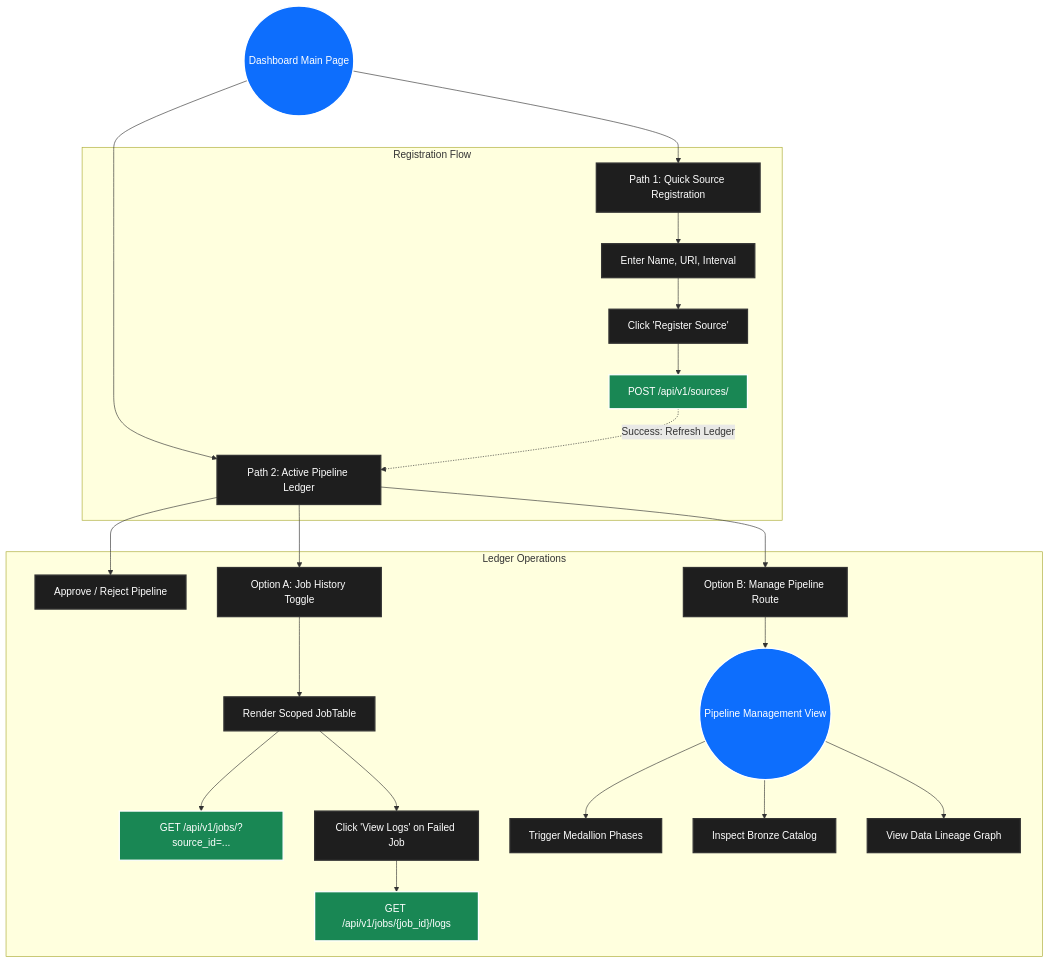
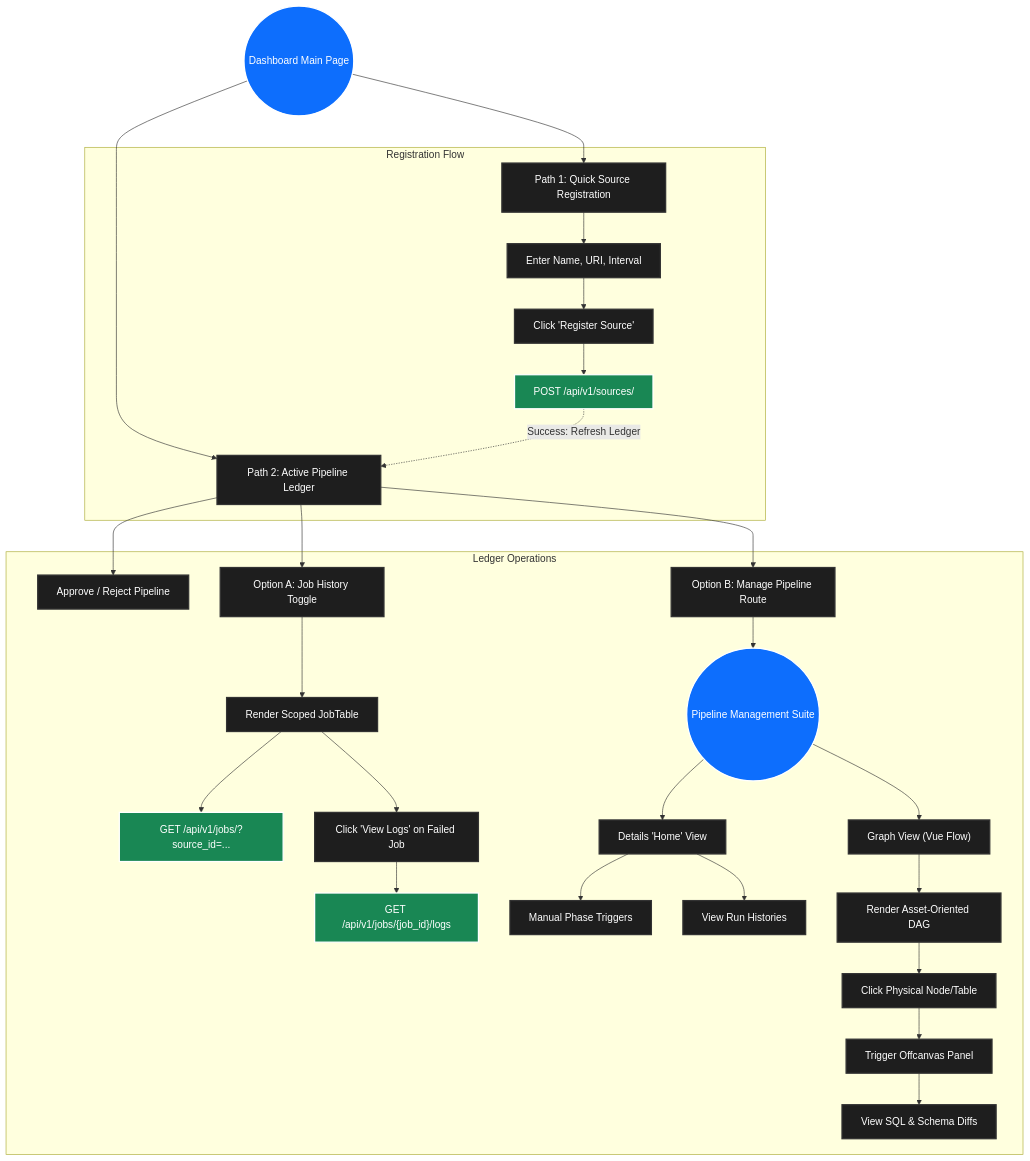
The diagram in docs/explanation/pipeline-management-flow.md (mnaatjes/elite-etl), drawn with Mermaid before and after one commit. The commit also changed other lines of this file, not shown here.

````diff
--- a/docs/explanation/pipeline-management-flow.md
+++ b/docs/explanation/pipeline-management-flow.md
@@ -63,64 +63,79 @@
 ```mermaid
 graph TD
     %% Entry Point
     Dashboard((Dashboard Main Page))
     
     %% Paths
     Path1[Path 1: Quick Source Registration]
     Path2[Path 2: Active Pipeline Ledger]
     
     Dashboard --> Path1
     Dashboard --> Path2
     
     %% Path 1 Flow
     subgraph Registration Flow
         EnterDetails["Enter Name, URI, Interval"]
         ClickRegister["Click 'Register Source'"]
         API_POST_Source["POST /api/v1/sources/"]
         
         Path1 --> EnterDetails
         EnterDetails --> ClickRegister
         ClickRegister --> API_POST_Source
         API_POST_Source -. "Success: Refresh Ledger" .-> Path2
     end
     
     %% Path 2 Flow
     subgraph Ledger Operations
         HitL[Approve / Reject Pipeline]
         OptionA[Option A: Job History Toggle]
         OptionB[Option B: Manage Pipeline Route]
         
         Path2 --> HitL
         Path2 --> OptionA
         Path2 --> OptionB
         
         %% Option A: Job History
         API_GET_Jobs["GET /api/v1/jobs/?source_id=..."]
         Accordion["Render Scoped JobTable"]
         ViewLogs["Click 'View Logs' on Failed Job"]
         API_GET_Logs["GET /api/v1/jobs/{job_id}/logs"]
         
         OptionA --> Accordion
         Accordion --> API_GET_Jobs
         Accordion --> ViewLogs
         ViewLogs --> API_GET_Logs
         
         %% Option B: Manage Pipeline
-        PipelineView((Pipeline Management View))
-        TriggerPhases[Trigger Medallion Phases]
-        InspectCatalog[Inspect Bronze Catalog]
-        ViewDAG[View Data Lineage Graph]
+        PipelineView((Pipeline Management Suite))
+        DetailsView["Details 'Home' View"]
+        GraphView["Graph View (Vue Flow)"]
         
         OptionB --> PipelineView
-        PipelineView --> TriggerPhases
-        PipelineView --> InspectCatalog
-        PipelineView --> ViewDAG
+        PipelineView --> DetailsView
+        PipelineView --> GraphView
+        
+        %% Details View Actions
+        TriggerPhases["Manual Phase Triggers"]
+        RunHistory["View Run Histories"]
+        DetailsView --> TriggerPhases
+        DetailsView --> RunHistory
+        
+        %% Graph View Actions
+        RenderDAG["Render Asset-Oriented DAG"]
+        ClickNode["Click Physical Node/Table"]
+        Offcanvas["Trigger Offcanvas Panel"]
+        ViewSchema["View SQL & Schema Diffs"]
+        
+        GraphView --> RenderDAG
+        RenderDAG --> ClickNode
+        ClickNode --> Offcanvas
+        Offcanvas --> ViewSchema
     end
     
     classDef default fill:#1e1e1e,stroke:#333,stroke-width:2px,color:#fff;
     classDef primary fill:#0d6efd,stroke:#fff,color:#fff;
     classDef success fill:#198754,stroke:#fff,color:#fff;
     
     class Dashboard,PipelineView primary;
     class API_POST_Source,API_GET_Jobs,API_GET_Logs success;
 ```
````
